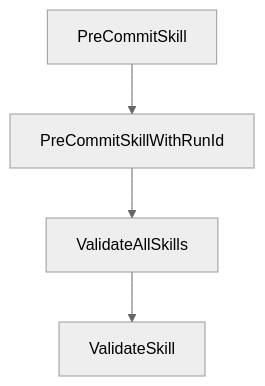
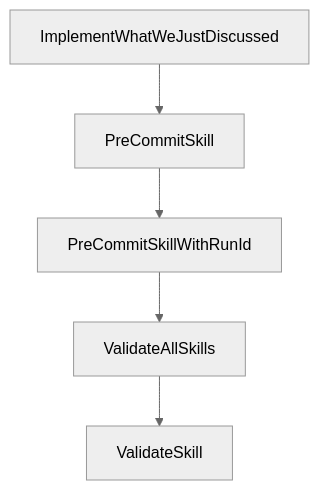
Before and after one commit to dkorolev/theloop: the diagram in .ai/VIZ.md, drawn with Mermaid (neutral theme). The commit also changed other lines of this file and 4 other files, not shown here.

First line of the commit message:
Add ImplementWhatWeJustDiscussed skill

````diff
--- a/.ai/VIZ.md
+++ b/.ai/VIZ.md
@@ -26,6 +28,7 @@
 ```mermaid
 graph TD
-    PreCommitSkill["PreCommitSkill"] --> PreCommitSkillWithRunId["PreCommitSkillWithRunId"]
+    ImplementWhatWeJustDiscussed["ImplementWhatWeJustDiscussed"] --> PreCommitSkill["PreCommitSkill"]
+    PreCommitSkill --> PreCommitSkillWithRunId["PreCommitSkillWithRunId"]
     PreCommitSkillWithRunId --> ValidateAllSkills["ValidateAllSkills"]
     ValidateAllSkills --> ValidateSkill["ValidateSkill"]
 ```
````
